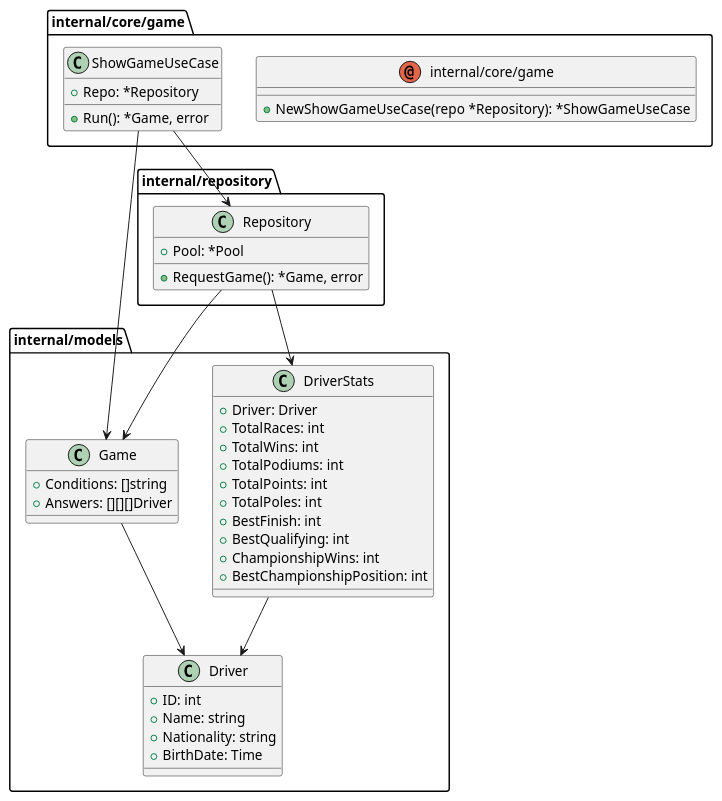
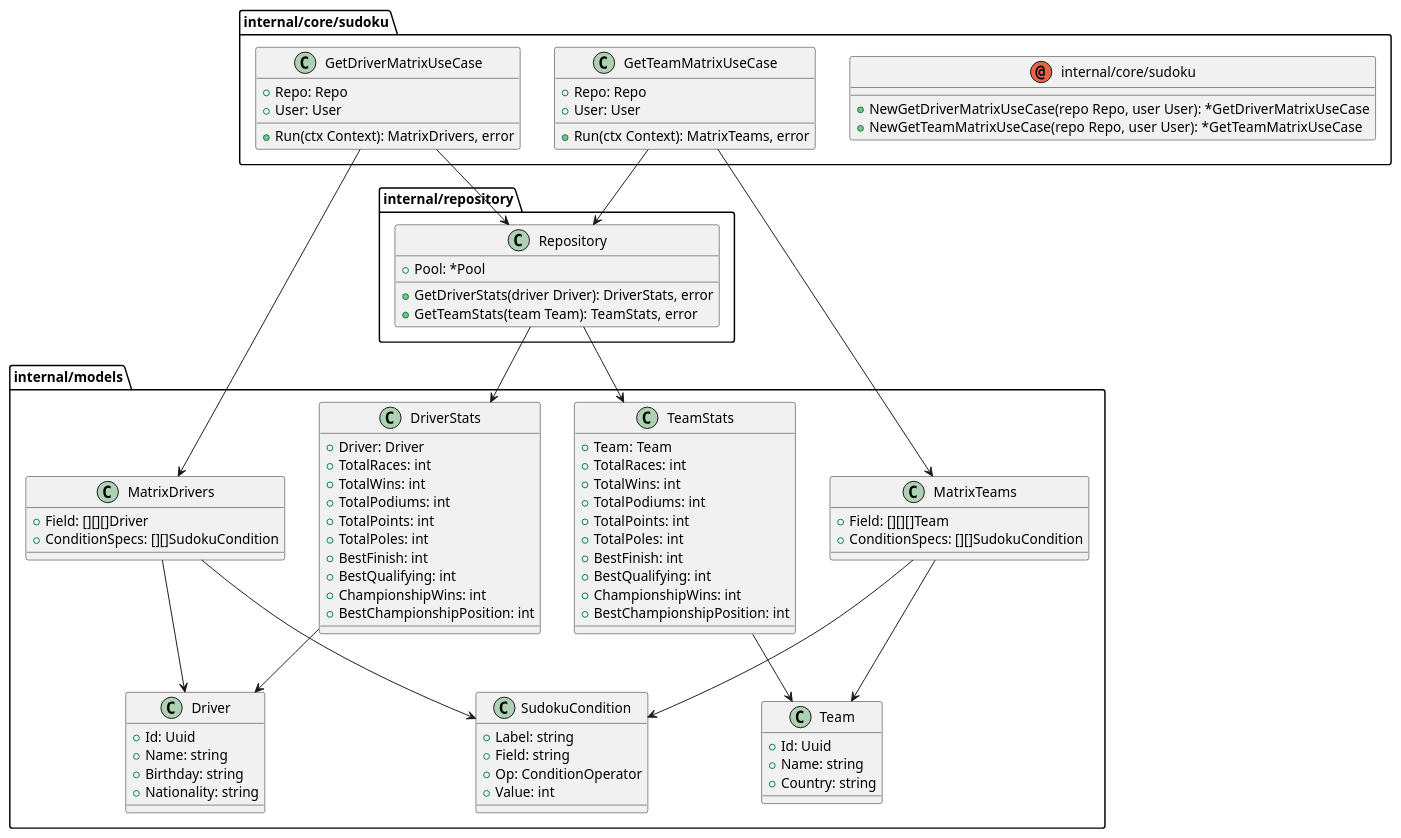
The diagram in docs/plantuml src/game.puml (k3sslerX/BMSTU_PPO), drawn with PlantUML before and after one commit. The commit also changed 3 other files, not shown here.

```diff
--- a/docs/plantuml src/game.puml
+++ b/docs/plantuml src/game.puml
@@ -1,57 +1,105 @@
 @startuml
-top to bottom direction
-package internal/core/game{
-annotation internal/core/game {
 
+package internal/core/sudoku{
+annotation internal/core/sudoku {
++NewGetDriverMatrixUseCase(repo Repo, user User): *GetDriverMatrixUseCase
++NewGetTeamMatrixUseCase(repo Repo, user User): *GetTeamMatrixUseCase
+}
 
-+NewShowGameUseCase(repo *Repository): *ShowGameUseCase
+class GetDriverMatrixUseCase {
++Repo: Repo
++User: User
++Run(ctx Context): MatrixDrivers, error
 }
-class ShowGameUseCase {
-+Repo: *Repository
-+Run(): *Game, error
+
+class GetTeamMatrixUseCase {
++Repo: Repo
++User: User
++Run(ctx Context): MatrixTeams, error
 }
 }
 
 package internal/models{
 
 class Driver {
-+ID: int
++Id: Uuid
 +Name: string
++Birthday: string
 +Nationality: string
-+BirthDate: Time
 
 }
+
 class DriverStats {
 +Driver: Driver
 +TotalRaces: int
 +TotalWins: int
 +TotalPodiums: int
 +TotalPoints: int
 +TotalPoles: int
 +BestFinish: int
 +BestQualifying: int
 +ChampionshipWins: int
 +BestChampionshipPosition: int
+}
+
+class SudokuCondition {
++Label: string
++Field: string
++Op: ConditionOperator
++Value: int
 
 }
-class Game {
-+Conditions: []string
-+Answers: [][][]Driver
+class MatrixTeams {
++Field: [][][]Team
++ConditionSpecs: [][]SudokuCondition
 
+}
+
+class MatrixDrivers {
++Field: [][][]Driver
++ConditionSpecs: [][]SudokuCondition
+
+}
+
+class Team {
++Id: Uuid
++Name: string
++Country: string
+
+}
+class TeamStats {
++Team: Team
++TotalRaces: int
++TotalWins: int
++TotalPodiums: int
++TotalPoints: int
++TotalPoles: int
++BestFinish: int
++BestQualifying: int
++ChampionshipWins: int
++BestChampionshipPosition: int
 }
 
 }
 package internal/repository{
 class Repository {
 +Pool: *Pool
-+RequestGame(): *Game, error
++GetDriverStats(driver Driver): DriverStats, error
++GetTeamStats(team Team): TeamStats, error
 }
 }
-"ShowGameUseCase" --> "Repository"
-"ShowGameUseCase" --> "Game"
-"Repository" --> "Game"
-"Repository" --> "DriverStats"
-"Game" --> "Driver"
-"DriverStats" --> "Driver"
+
+"GetDriverMatrixUseCase" -d-> "MatrixDrivers"
+"GetTeamMatrixUseCase" -d-> "MatrixTeams"
+"MatrixDrivers" -d-> "Driver"
+"MatrixDrivers" -d-> "SudokuCondition"
+"MatrixTeams" -d-> "Team"
+"MatrixTeams" -d-> "SudokuCondition"
+"DriverStats" -d-> "Driver"
+"TeamStats" -d-> "Team"
+"GetDriverMatrixUseCase" -d-> "Repository"
+"GetTeamMatrixUseCase" -d-> "Repository"
+"Repository" -d-> "DriverStats"
+"Repository" -d-> "TeamStats"
 
 @enduml
```
